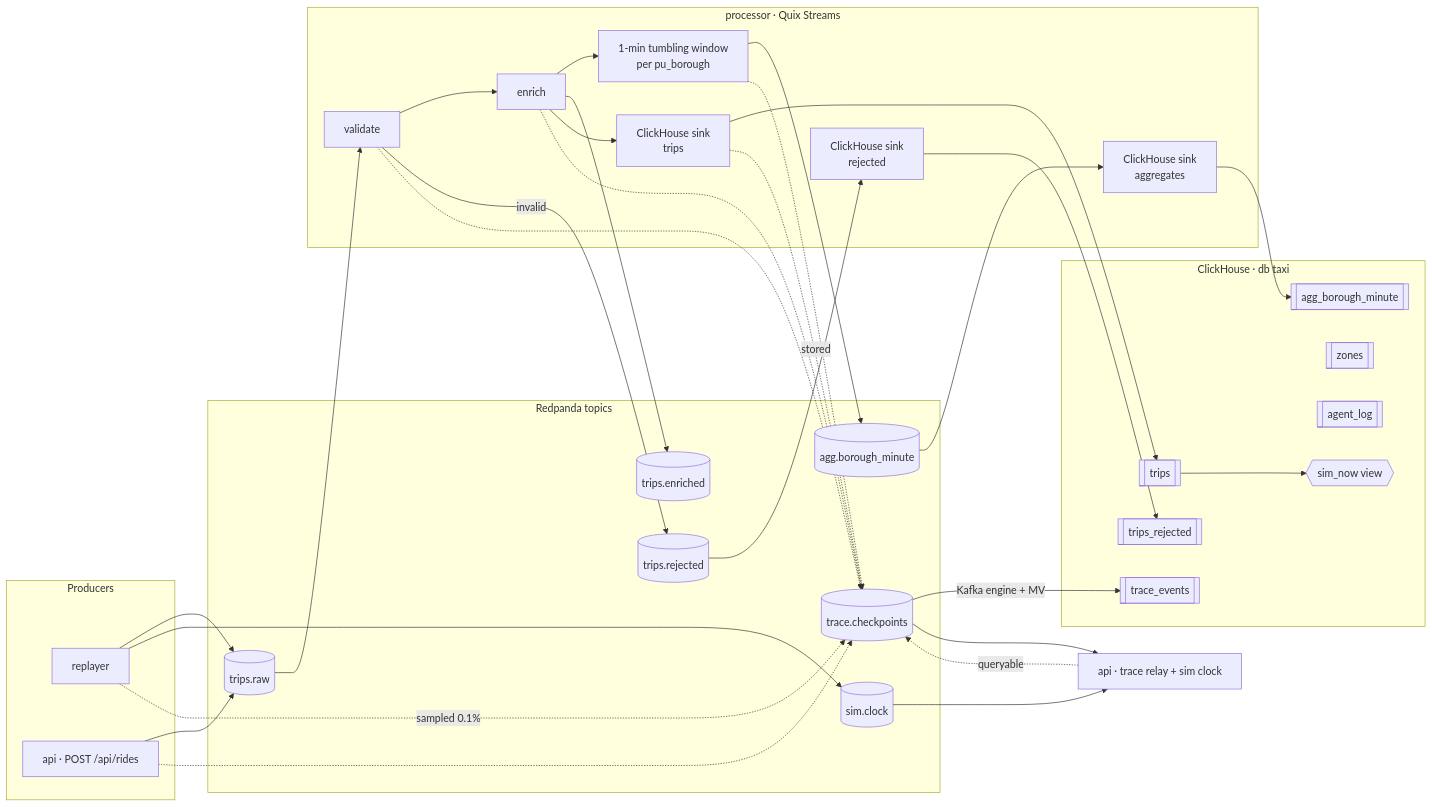
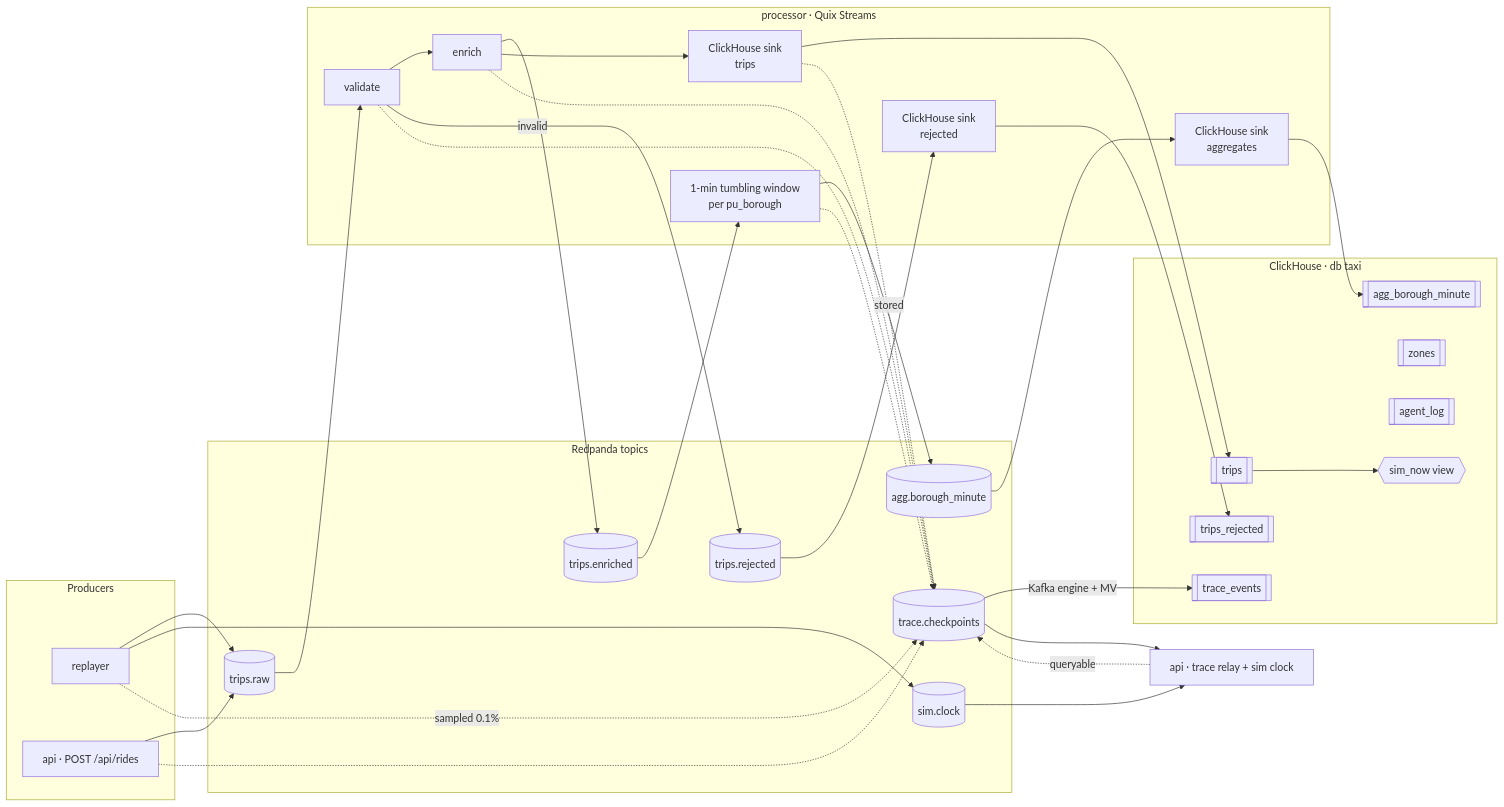
One commit to VasileBordeiA/aod_dateEngineering changed the second of 12 diagrams in docs/DIAGRAMS.md. Above: the diagram before and after it, drawn with Mermaid. The commit also changed other lines of this file and 33 other files, not shown here.

````diff
--- a/docs/DIAGRAMS.md
+++ b/docs/DIAGRAMS.md
@@ -61,51 +61,53 @@
 ```mermaid
 flowchart LR
     subgraph producers[Producers]
         R[replayer]
         A1[api · POST /api/rides]
     end
     subgraph topics[Redpanda topics]
         raw[(trips.raw)]
         enr[(trips.enriched)]
         rej[(trips.rejected)]
         agg[(agg.borough_minute)]
         tr[(trace.checkpoints)]
         clk[(sim.clock)]
     end
     subgraph processor[processor · Quix Streams]
-        V[validate] --> E[enrich] --> W[1-min tumbling window<br/>per pu_borough]
+        V[validate] --> E[enrich]
+        W[1-min tumbling window<br/>per pu_borough]
         S1[ClickHouse sink<br/>trips]
         S2[ClickHouse sink<br/>rejected]
         S3[ClickHouse sink<br/>aggregates]
     end
     subgraph clickhouse[ClickHouse · db taxi]
         T1[[trips]]
         T2[[trips_rejected]]
         T3[[agg_borough_minute]]
         T4[[trace_events]]
         T5[[zones]]
         T6[[agent_log]]
         VW{{sim_now view}}
     end
     A2[api · trace relay + sim clock]
 
     R --> raw
     R --> clk
     R -.->|"sampled 0.1%"| tr
     A1 --> raw
     A1 -.-> tr
     raw --> V
     V -- invalid --> rej --> S2 --> T2
     E --> enr
+    enr --> W
     E --> S1 --> T1
     W --> agg --> S3 --> T3
     V -.-> tr
     E -.-> tr
     W -.-> tr
     S1 -.->|stored| tr
     tr -->|Kafka engine + MV| T4
     tr --> A2
     clk --> A2
     A2 -. queryable .-> tr
     T1 --> VW
 ```
````
